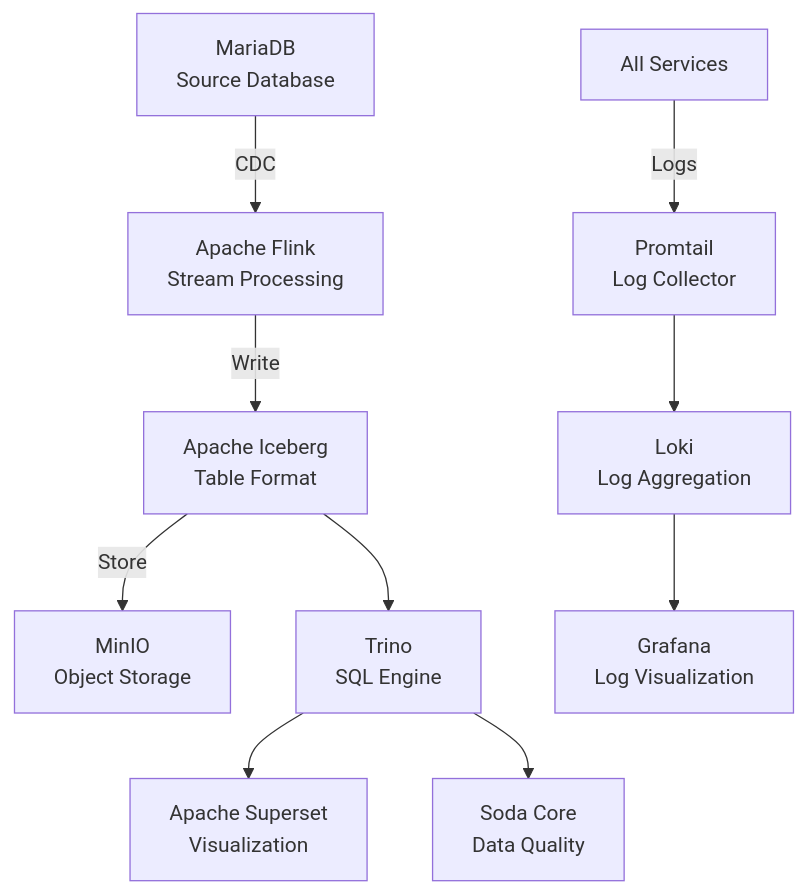
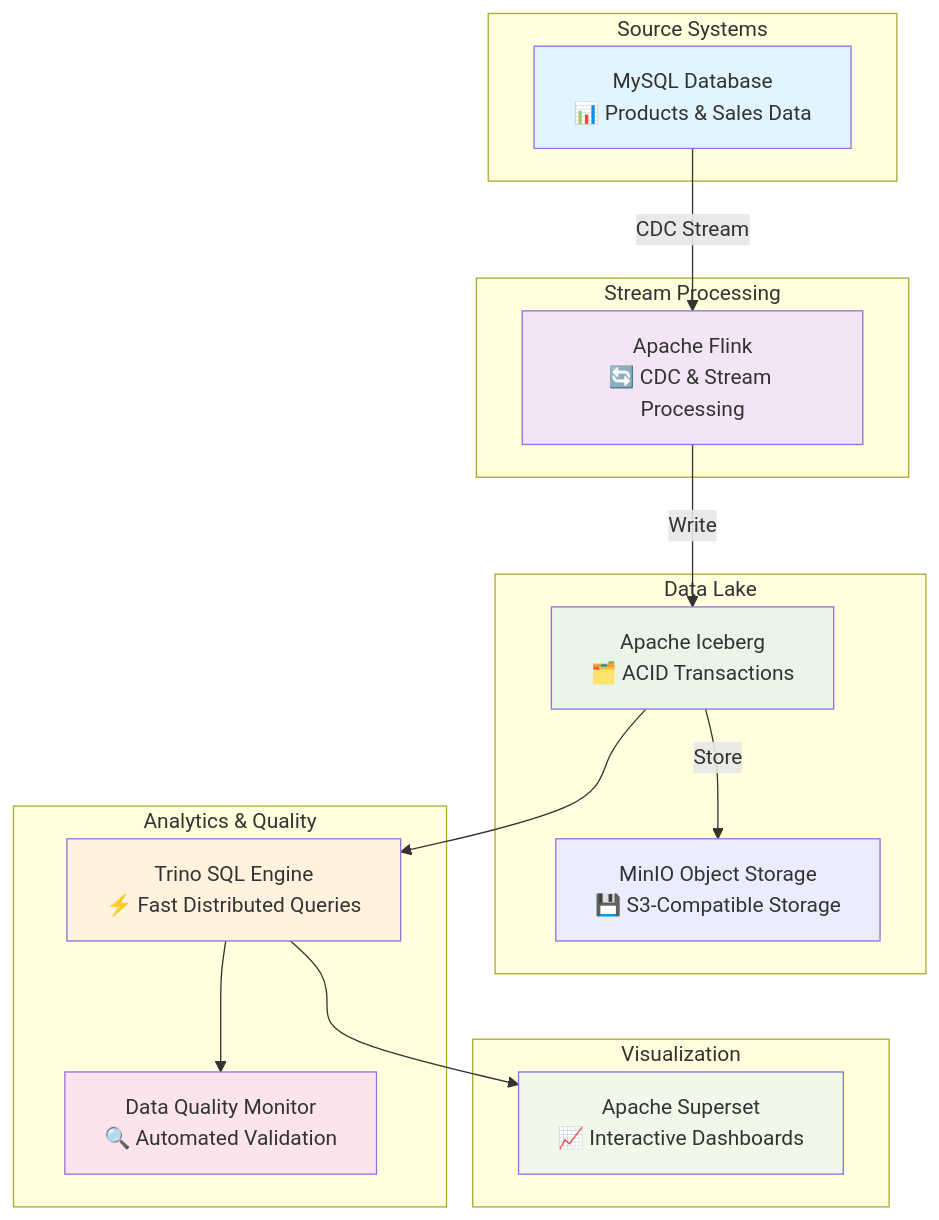
The diagram in README.md (gordonmurray/apache_flink_and_iceberg), drawn with Mermaid before and after one commit. The commit also changed other lines of this file and 8 other files, not shown here.

````diff
--- a/README.md
+++ b/README.md
@@ -18,14 +18,38 @@
 ```mermaid
 graph TB
-    MariaDB[MariaDB<br/>Source Database] -->|CDC| Flink[Apache Flink<br/>Stream Processing]
-    Flink -->|Write| Iceberg[Apache Iceberg<br/>Table Format]
-    Iceberg -->|Store| MinIO[MinIO<br/>Object Storage]
+    subgraph "Source Systems"
+        MySQL[MySQL Database<br/>📊 Products & Sales Data]
+    end
 
-    Iceberg --> Trino[Trino<br/>SQL Engine]
-    Trino --> Superset[Apache Superset<br/>Visualization]
-    Trino --> Soda[Soda Core<br/>Data Quality]
+    subgraph "Stream Processing"
+        Flink[Apache Flink<br/>🔄 CDC & Stream Processing]
+    end
 
-    All[All Services] -->|Logs| Promtail[Promtail<br/>Log Collector]
-    Promtail --> Loki[Loki<br/>Log Aggregation]
-    Loki --> Grafana[Grafana<br/>Log Visualization]
+    subgraph "Data Lake"
+        Iceberg[Apache Iceberg<br/>🗂️ ACID Transactions]
+        MinIO[MinIO Object Storage<br/>💾 S3-Compatible Storage]
+    end
+
+    subgraph "Analytics & Quality"
+        Trino[Trino SQL Engine<br/>⚡ Fast Distributed Queries]
+        Soda[Data Quality Monitor<br/>🔍 Automated Validation]
+    end
+
+    subgraph "Visualization"
+        Superset[Apache Superset<br/>📈 Interactive Dashboards]
+    end
+
+    MySQL -->|CDC Stream| Flink
+    Flink -->|Write| Iceberg
+    Iceberg -->|Store| MinIO
+    Iceberg --> Trino
+    Trino --> Superset
+    Trino --> Soda
+
+    style MySQL fill:#e1f5fe
+    style Flink fill:#f3e5f5
+    style Iceberg fill:#e8f5e8
+    style Trino fill:#fff3e0
+    style Soda fill:#fce4ec
+    style Superset fill:#f1f8e9
 ```
````
